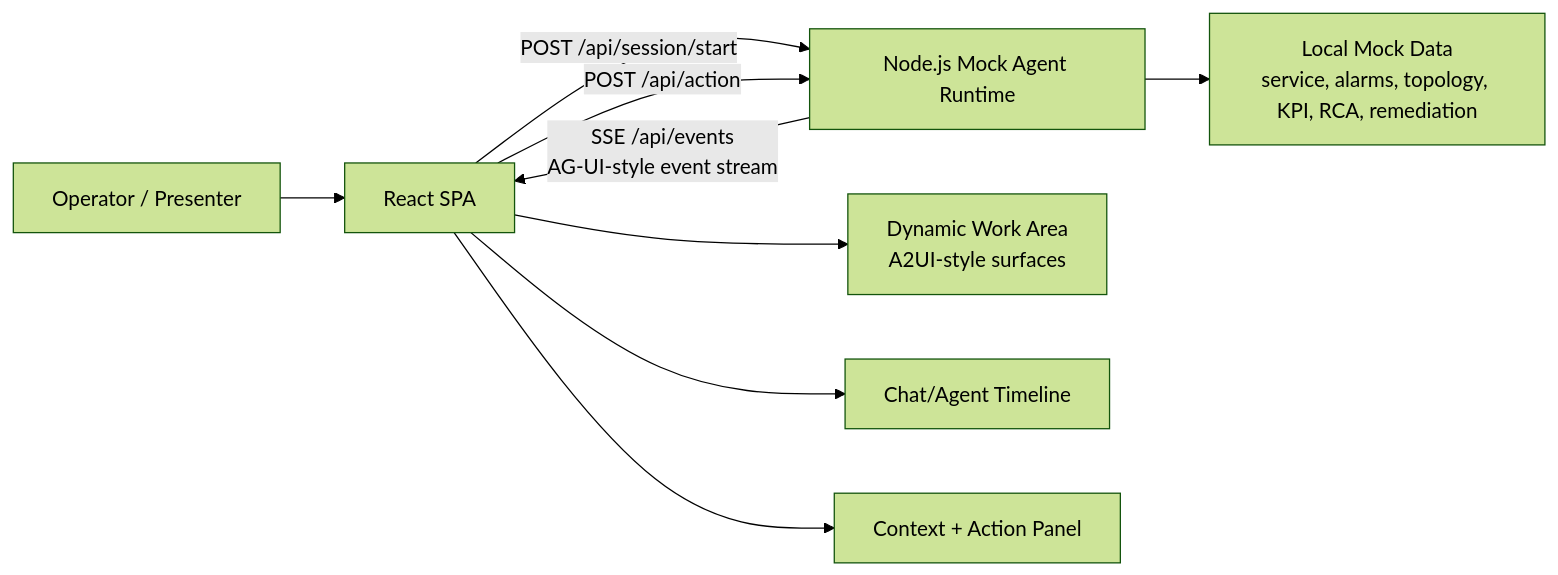
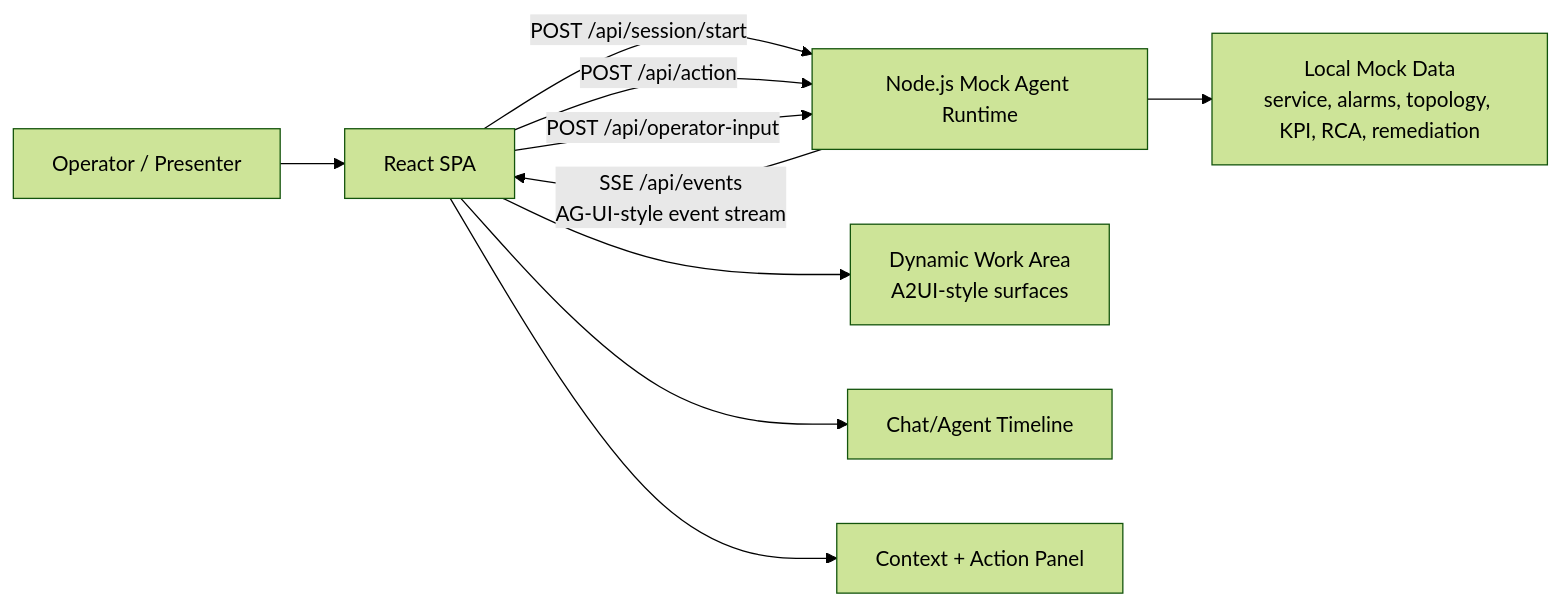
One commit to NunoDiasMartins/crossRepo changed the first of 2 diagrams in assurancedemo/README.md. Above: the diagram before and after it, drawn with Mermaid (forest theme). The commit also changed other lines of this file and 3 other files, not shown here.

Commit message:
Refactor free-text scenarios to backend-driven AG-UI flow

````diff
--- a/assurancedemo/README.md
+++ b/assurancedemo/README.md
@@ -31,11 +31,12 @@
 ```mermaid
 flowchart LR
   U[Operator / Presenter] --> FE[React SPA]
   FE -->|POST /api/session/start| BE[Node.js Mock Agent Runtime]
   FE -->|POST /api/action| BE
+  FE -->|POST /api/operator-input| BE
   BE -->|SSE /api/events\nAG-UI-style event stream| FE
   BE --> DATA[Local Mock Data\nservice, alarms, topology, KPI, RCA, remediation]
   FE --> UI[Dynamic Work Area\nA2UI-style surfaces]
   FE --> TL[Chat/Agent Timeline]
   FE --> CTX[Context + Action Panel]
 ```
````
